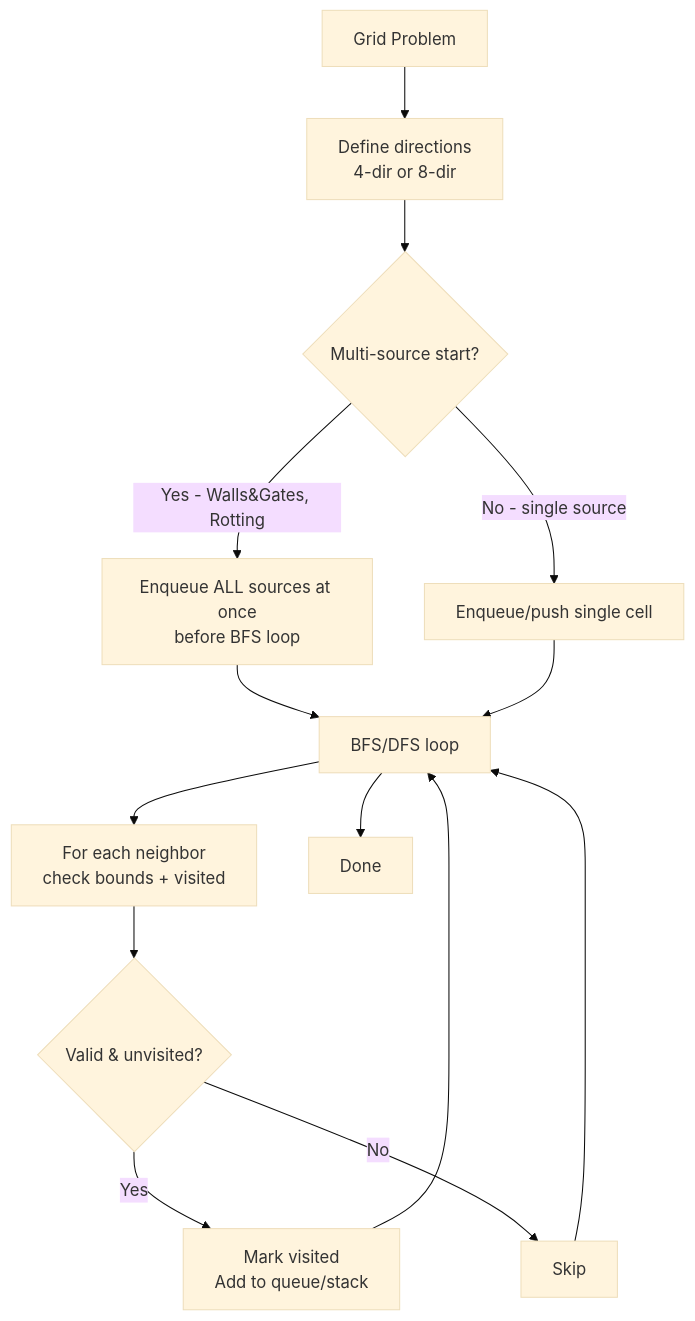
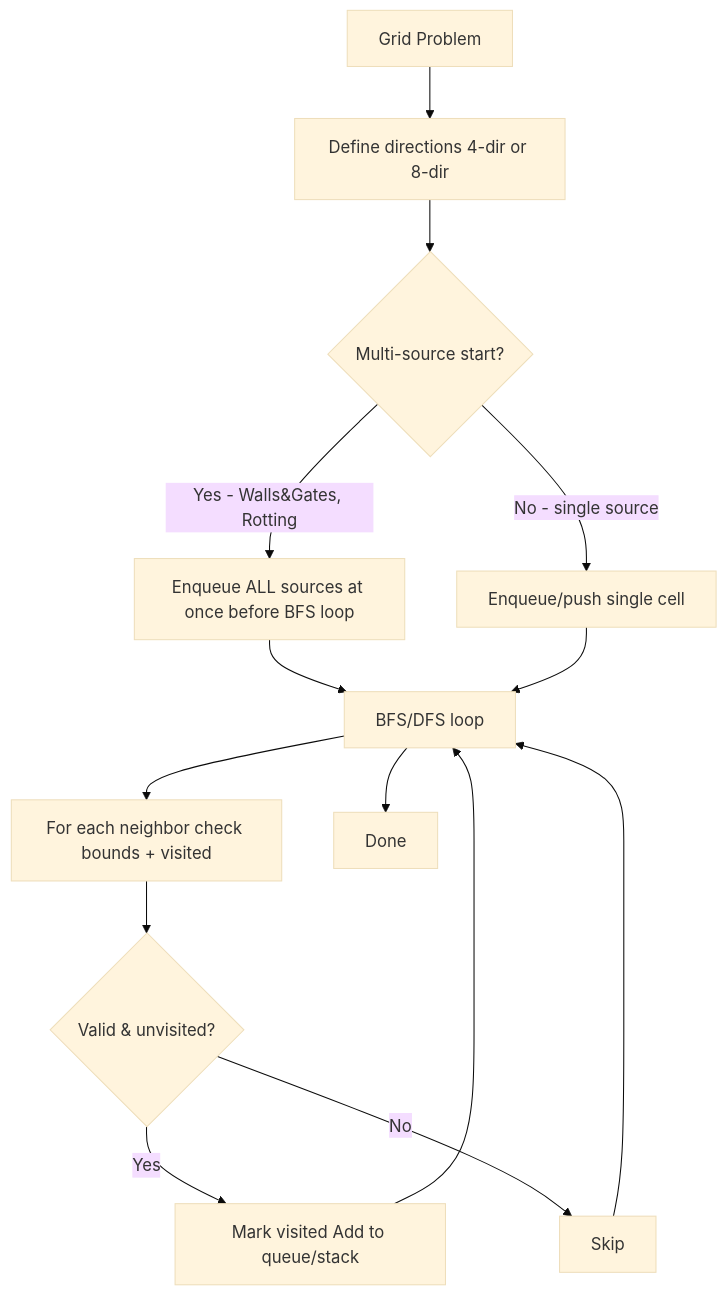
The third of 6 diagrams in graphs/README.md (deepanshu-rawat6/AlgoAtlas), drawn with Mermaid (base theme) before and after one commit. The commit also changed other lines of this file and 13 other files, not shown here.

````diff
--- a/graphs/README.md
+++ b/graphs/README.md
@@ -103,16 +103,16 @@
 ```mermaid
 flowchart TD
-    A[Grid Problem] --> B[Define directions<br>4-dir or 8-dir]
+    A[Grid Problem] --> B[Define directions 4-dir or 8-dir]
     B --> C{"Multi-source start?"}
-    C -->|Yes - Walls&Gates, Rotting| D[Enqueue ALL sources at once<br>before BFS loop]
+    C -->|Yes - Walls&Gates, Rotting| D[Enqueue ALL sources at once before BFS loop]
     C -->|No - single source| E[Enqueue/push single cell]
     D --> F[BFS/DFS loop]
     E --> F
-    F --> G[For each neighbor<br>check bounds + visited]
+    F --> G[For each neighbor check bounds + visited]
     G --> H{"Valid & unvisited?"}
-    H -->|Yes| I[Mark visited<br>Add to queue/stack]
+    H -->|Yes| I[Mark visited Add to queue/stack]
     H -->|No| J[Skip]
     I --> F
     J --> F
     F --> K[Done]
 ```
````
